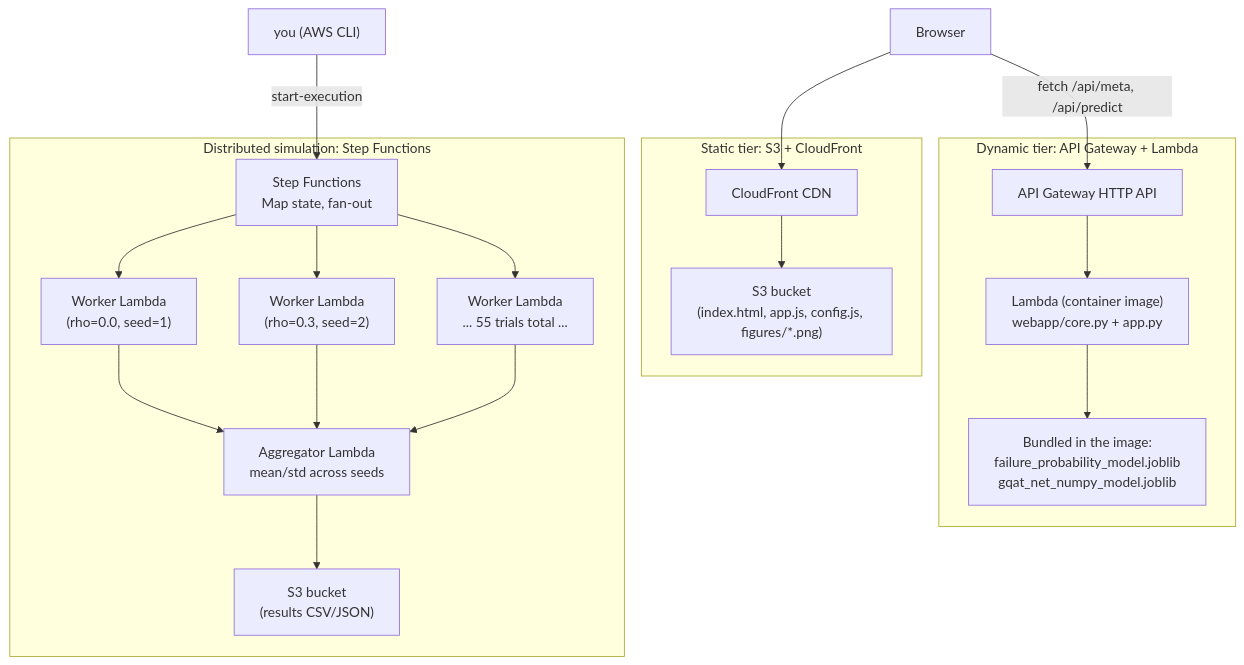
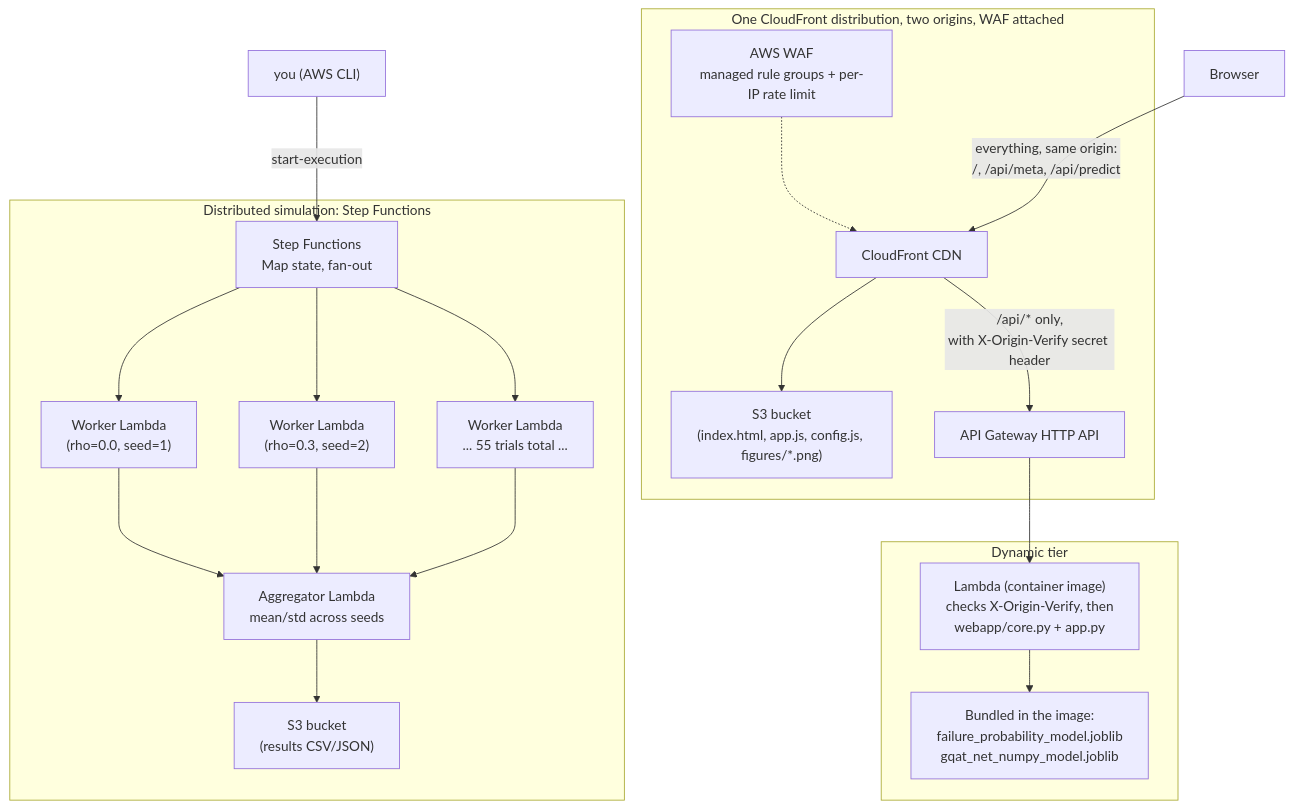
One commit to Rag2102/ccproject changed the diagram in docs/cloud_architecture.md. Above: the diagram before and after it, drawn with Mermaid. The commit also changed other lines of this file and 33 other files, not shown here.

Commit message:
Add input validation, CloudFront+WAF for API, CI scanning, IAM tightening, observability, load test, OpenAPI spec

````diff
--- a/docs/cloud_architecture.md
+++ b/docs/cloud_architecture.md
@@ -34,22 +34,23 @@
 ```mermaid
 flowchart TB
-    subgraph static["Static tier: S3 + CloudFront"]
+    subgraph edge["One CloudFront distribution, two origins, WAF attached"]
+      WAF["AWS WAF\nmanaged rule groups + per-IP rate limit"] -.-> CF
       CF["CloudFront CDN"] --> S3F["S3 bucket\n(index.html, app.js, config.js, figures/*.png)"]
+      CF -- "/api/* only,\nwith X-Origin-Verify secret header" --> APIGW["API Gateway HTTP API"]
     end
-    subgraph dynamic["Dynamic tier: API Gateway + Lambda"]
-      APIGW["API Gateway HTTP API"] --> APILAM["Lambda (container image)\nwebapp/core.py + app.py"]
+    subgraph dynamic["Dynamic tier"]
+      APIGW --> APILAM["Lambda (container image)\nchecks X-Origin-Verify, then\nwebapp/core.py + app.py"]
       APILAM --> MODELS["Bundled in the image:\nfailure_probability_model.joblib\ngqat_net_numpy_model.joblib"]
     end
     subgraph sim["Distributed simulation: Step Functions"]
       SFN["Step Functions\nMap state, fan-out"] --> W1["Worker Lambda\n(rho=0.0, seed=1)"]
       SFN --> W2["Worker Lambda\n(rho=0.3, seed=2)"]
       SFN --> W3["Worker Lambda\n... 55 trials total ..."]
       W1 --> AGG["Aggregator Lambda\nmean/std across seeds"]
       W2 --> AGG
       W3 --> AGG
       AGG --> S3R["S3 bucket\n(results CSV/JSON)"]
     end
-    Browser["Browser"] --> CF
-    Browser -- "fetch /api/meta, /api/predict" --> APIGW
+    Browser["Browser"] -- "everything, same origin:\n/, /api/meta, /api/predict" --> CF
     Operator["you (AWS CLI)"] -- "start-execution" --> SFN
 ```
````
